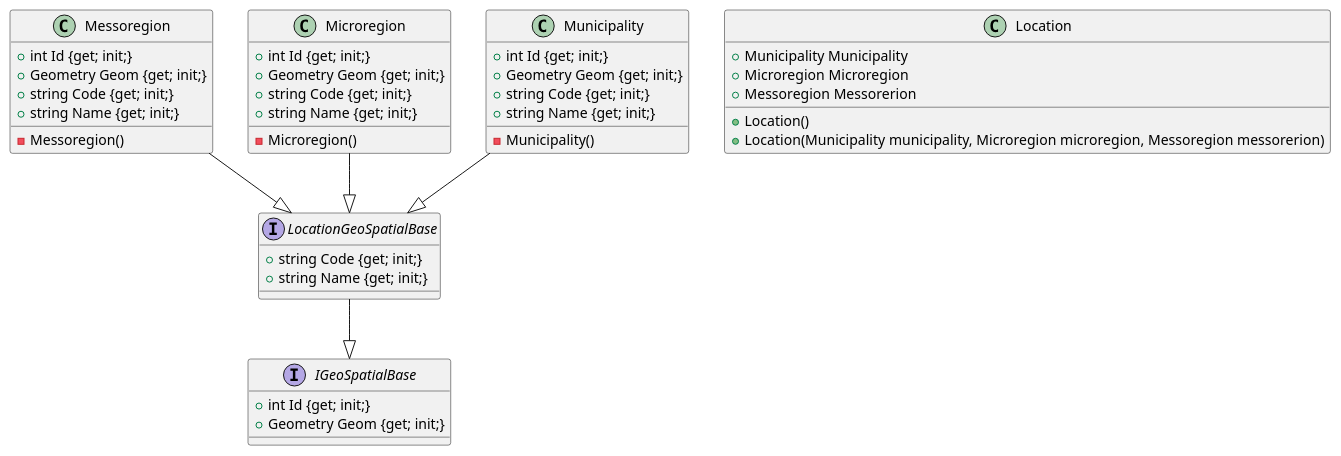
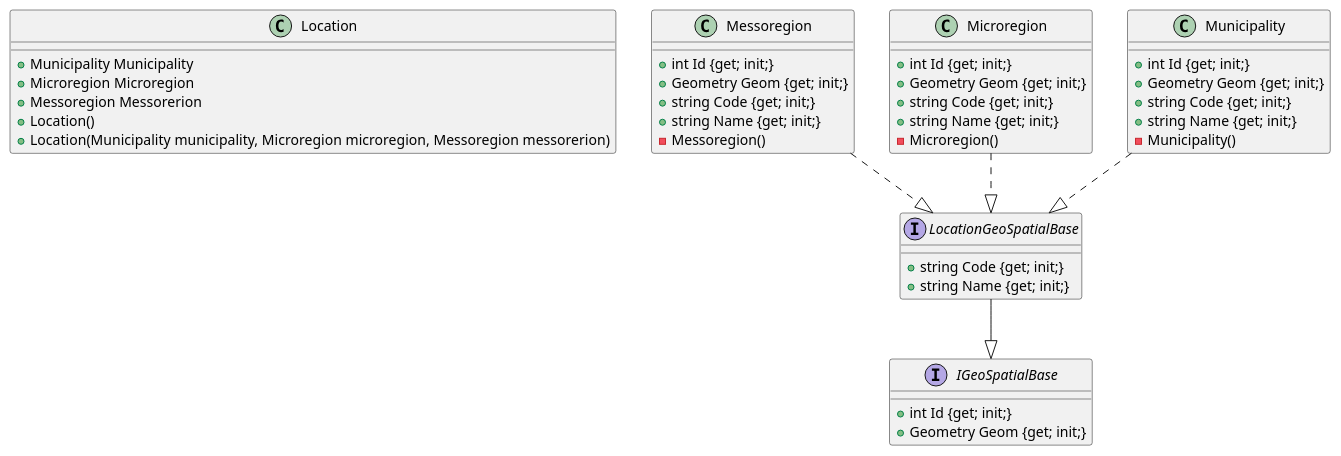
Before and after one commit to ruralgises/documentation: the diagram in class-diagram/location-diagram.plantuml, drawn with PlantUML.

```diff
--- a/class-diagram/location-diagram.plantuml
+++ b/class-diagram/location-diagram.plantuml
@@ -1,50 +1,50 @@
 @startuml
 
-interface LocationGeoSpatialBase {
-    {field} +string Code {get; init;}
-    {field} +string Name {get; init;}
-}
-
-interface IGeoSpatialBase {
-    {field} +int Id {get; init;}
-    {field} +Geometry Geom {get; init;}
-}
-
 class Location {
-    {field} +Municipality Municipality
-    {field} +Microregion Microregion
-    {field} +Messoregion Messorerion
+    {method} +Municipality Municipality
+    {method} +Microregion Microregion
+    {method} +Messoregion Messorerion
     {method} +Location()
     {method} +Location(Municipality municipality, Microregion microregion, Messoregion messorerion)
 }
 
+interface LocationGeoSpatialBase {
+    {method} +string Code {get; init;}
+    {method} +string Name {get; init;}
+}
+
+interface IGeoSpatialBase {
+    {method} +int Id {get; init;}
+    {method} +Geometry Geom {get; init;}
+}
+
 class Messoregion {
-    {field} +int Id {get; init;}
-    {field} +Geometry Geom {get; init;}
-    {field} +string Code {get; init;}
-    {field} +string Name {get; init;}
+    {method} +int Id {get; init;}
+    {method} +Geometry Geom {get; init;}
+    {method} +string Code {get; init;}
+    {method} +string Name {get; init;}
     {method} -Messoregion()
 }
 
 class Microregion {
-    {field} +int Id {get; init;}
-    {field} +Geometry Geom {get; init;}
-    {field} +string Code {get; init;}
-    {field} +string Name {get; init;}
+    {method} +int Id {get; init;}
+    {method} +Geometry Geom {get; init;}
+    {method} +string Code {get; init;}
+    {method} +string Name {get; init;}
     {method} -Microregion()
 }
 
 class Municipality {
-    {field} +int Id {get; init;}
-    {field} +Geometry Geom {get; init;}
-    {field} +string Code {get; init;}
-    {field} +string Name {get; init;}
+    {method} +int Id {get; init;}
+    {method} +Geometry Geom {get; init;}
+    {method} +string Code {get; init;}
+    {method} +string Name {get; init;}
     {method} -Municipality()
 }
 
 LocationGeoSpatialBase --|> IGeoSpatialBase
-Messoregion --|> LocationGeoSpatialBase
-Microregion --|> LocationGeoSpatialBase
-Municipality --|> LocationGeoSpatialBase
+Messoregion ..|> LocationGeoSpatialBase
+Microregion ..|> LocationGeoSpatialBase
+Municipality ..|> LocationGeoSpatialBase
 
 @enduml
```
